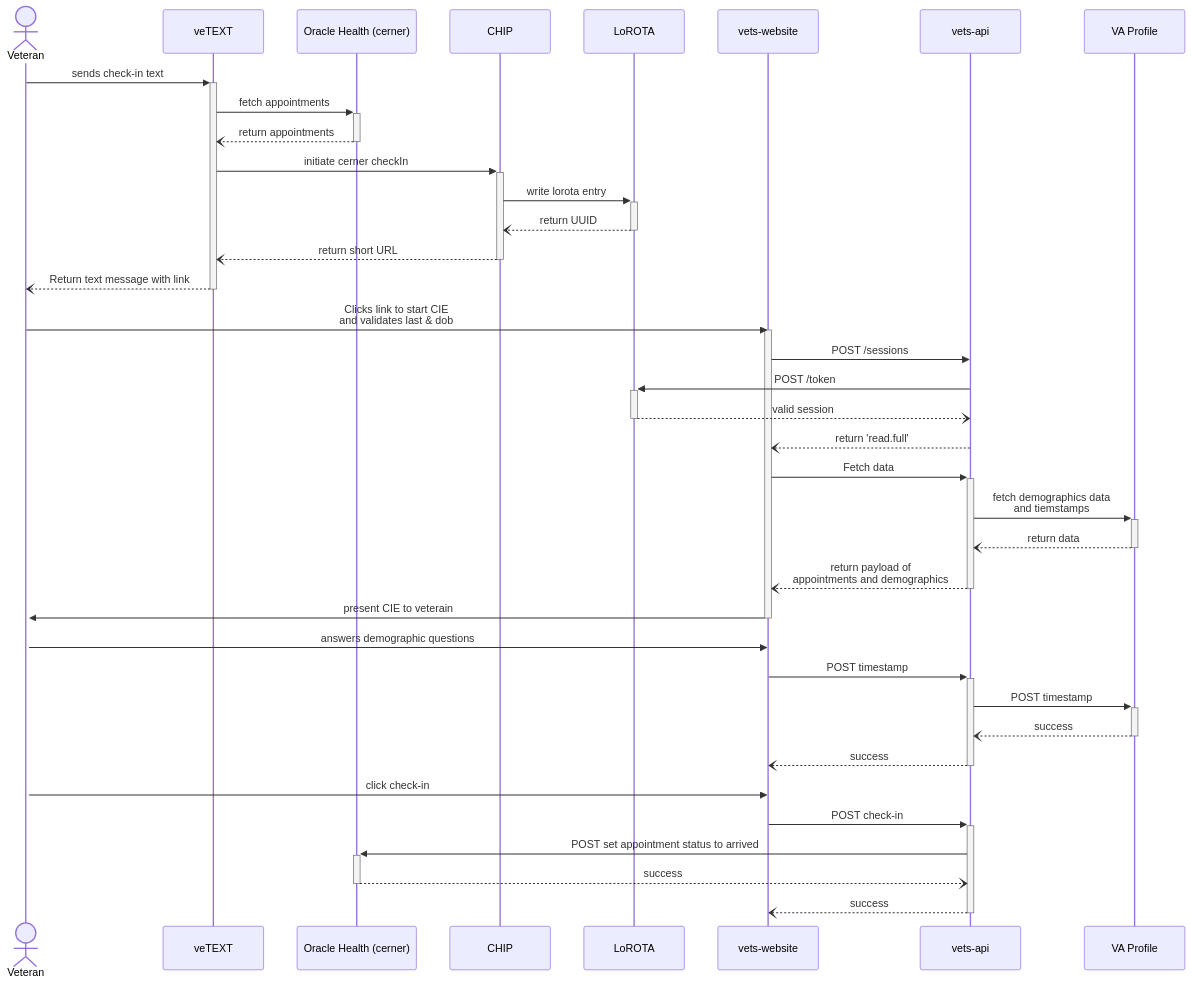
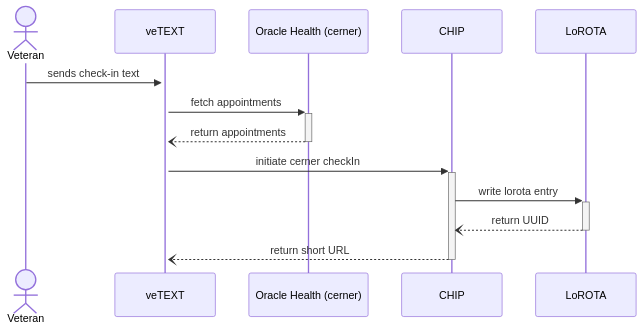
Before and after one commit to department-of-veterans-affairs/va.gov-team: the first of 2 diagrams in products/health-care/checkin/engineering/oracle-health-cerner-integration.md, drawn with Mermaid. The commit also changed other lines of this file, not shown here.

````diff
--- a/products/health-care/checkin/engineering/oracle-health-cerner-integration.md
+++ b/products/health-care/checkin/engineering/oracle-health-cerner-integration.md
@@ -29,41 +30,15 @@
 ```mermaid
 sequenceDiagram
     actor vet as Veteran
     participant ve as veTEXT
     participant ce as Oracle Health (cerner)
     participant ch as CHIP
     participant l as LoROTA
-    participant web as vets-website
-    participant api as vets-api
-    participant po as VA Profile
         vet->>+ve: sends check-in text
         ve->>+ce: fetch appointments 
         ce--)-ve: return appointments
         ve->>+ch: initiate cerner checkIn
         ch->>+l: write lorota entry
         l--)-ch: return UUID
         ch--)-ve: return short URL
-        ve--)-vet: Return text message with link
-        vet->>web: Clicks link to start CIE <br> and validates last & dob
-        activate web
-        web->>api: POST /sessions
-        api->>+l: POST /token
-        l--)-api: valid session
-        api--)web: return 'read.full'
-        web->>+api: Fetch data
-        api->>+po: fetch demographics data <br> and tiemstamps
-        po--)-api: return data
-        api--)-web: return payload of <br> appointments and demographics
-        web->>+vet: present CIE to veterain
-        deactivate web
-        vet->>web: answers demographic questions
-        web->>+api: POST timestamp
-        api->>+po: POST timestamp
-        po--)-api: success
-        api--)-web: success
-        vet->>web: click check-in
-        web->>+api: POST check-in
-        api->>+ce: POST set appointment status to arrived
-        ce--)-api: success
-        api--)-web: success
 ```
````
